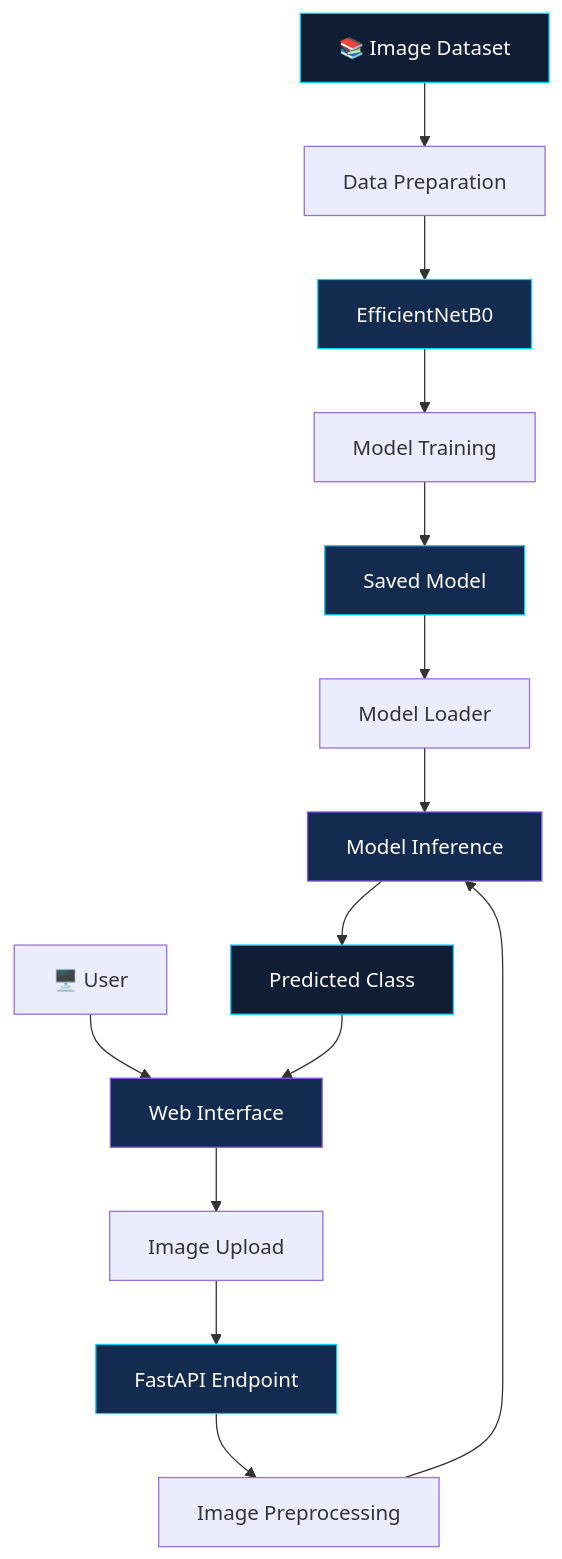
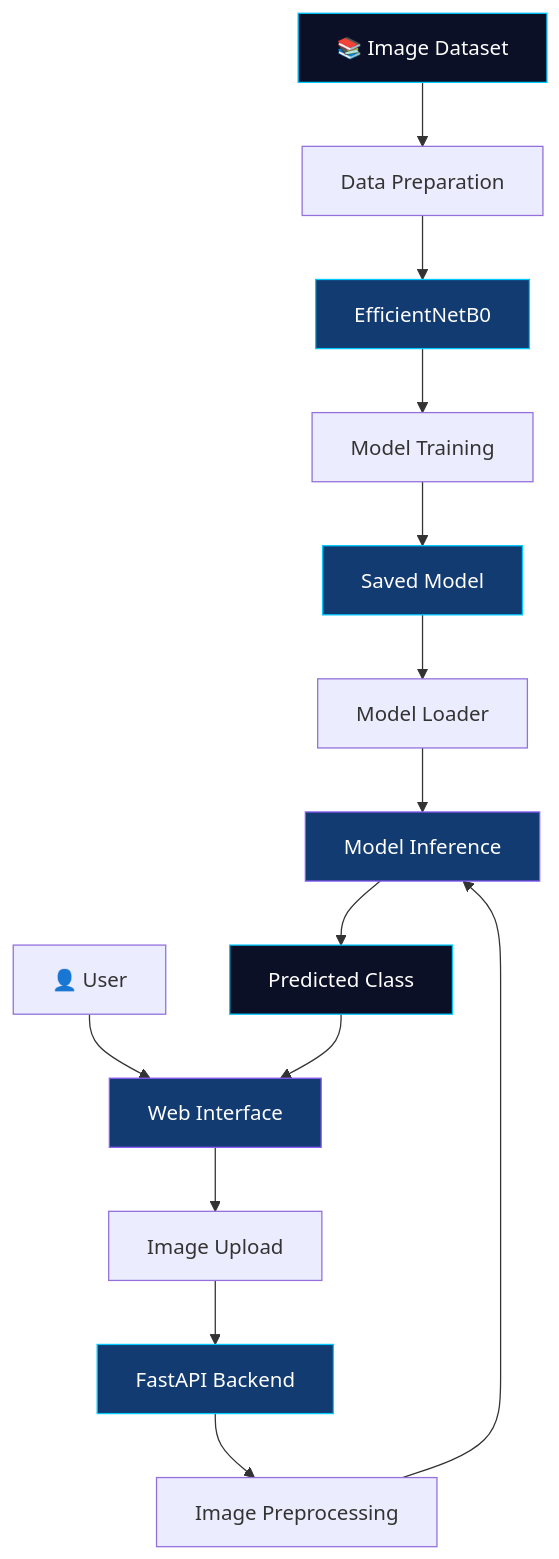
One commit to iaryanMishra/DeepDetect-AI changed the diagram in README.md. Above: the diagram before and after it, drawn with Mermaid. The commit also changed other lines of this file, not shown here.

````diff
--- a/README.md
+++ b/README.md
@@ -193,25 +260,25 @@
 ```mermaid
 flowchart TD
     A["📚 Image Dataset"] --> B["Data Preparation"]
     B --> C["EfficientNetB0"]
     C --> D["Model Training"]
     D --> E["Saved Model"]
 
-    U["🖥️ User"] --> F["Web Interface"]
+    U["👤 User"] --> F["Web Interface"]
     F --> G["Image Upload"]
-    G --> H["FastAPI Endpoint"]
-    E --> I["Model Loader"]
-    H --> J["Image Preprocessing"]
+    G --> H["FastAPI Backend"]
+    H --> I["Image Preprocessing"]
+    E --> J["Model Loader"]
     I --> K["Model Inference"]
     J --> K
     K --> L["Predicted Class"]
     L --> F
 
-    style A fill:#101D35,color:#FFFFFF,stroke:#00D4FF
-    style C fill:#142B50,color:#FFFFFF,stroke:#00D4FF
-    style E fill:#142B50,color:#FFFFFF,stroke:#00D4FF
-    style F fill:#142B50,color:#FFFFFF,stroke:#8B5CF6
-    style H fill:#142B50,color:#FFFFFF,stroke:#00D4FF
-    style K fill:#142B50,color:#FFFFFF,stroke:#8B5CF6
-    style L fill:#101D35,color:#FFFFFF,stroke:#00D4FF
+    style A fill:#0B1026,color:#FFFFFF,stroke:#00C9FF
+    style C fill:#123B72,color:#FFFFFF,stroke:#00C9FF
+    style E fill:#123B72,color:#FFFFFF,stroke:#00C9FF
+    style F fill:#123B72,color:#FFFFFF,stroke:#8B5CF6
+    style H fill:#123B72,color:#FFFFFF,stroke:#00C9FF
+    style K fill:#123B72,color:#FFFFFF,stroke:#8B5CF6
+    style L fill:#0B1026,color:#FFFFFF,stroke:#00C9FF
 ```
````
